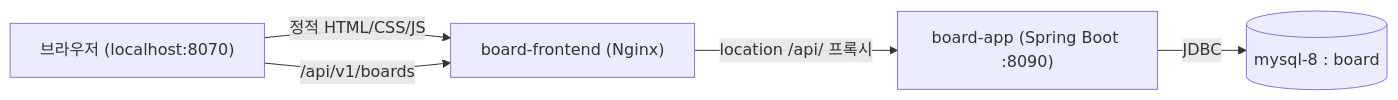
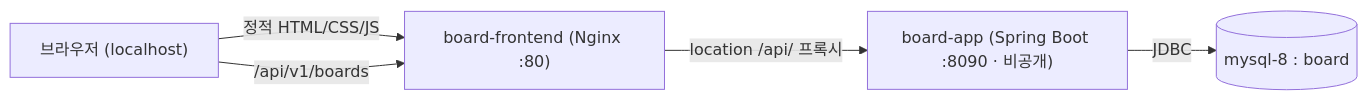
One commit to icesnake72/boards changed the first of 2 diagrams in docs/lecture/FRONTEND-DEPLOY.md. Above: the diagram before and after it, drawn with Mermaid. The commit also changed other lines of this file and 4 other files, not shown here.

````diff
--- a/docs/lecture/FRONTEND-DEPLOY.md
+++ b/docs/lecture/FRONTEND-DEPLOY.md
@@ -21,7 +21,7 @@
 ```mermaid
 flowchart LR
-  B["브라우저 (localhost:8070)"] -->|"정적 HTML/CSS/JS"| NGINX["board-frontend (Nginx)"]
+  B["브라우저 (localhost)"] -->|"정적 HTML/CSS/JS"| NGINX["board-frontend (Nginx :80)"]
   B -->|"/api/v1/boards"| NGINX
-  NGINX -->|"location /api/ 프록시"| APP["board-app (Spring Boot :8090)"]
+  NGINX -->|"location /api/ 프록시"| APP["board-app (Spring Boot :8090 · 비공개)"]
   APP -->|"JDBC"| DB[("mysql-8 : board")]
 ```
````
